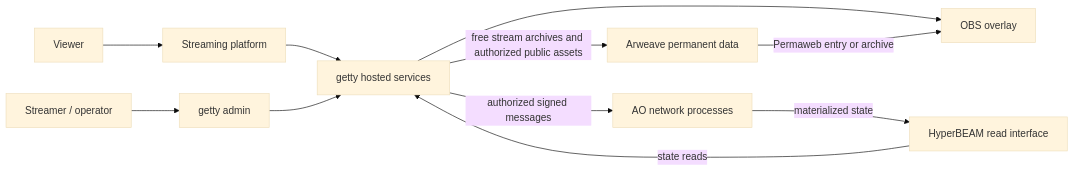
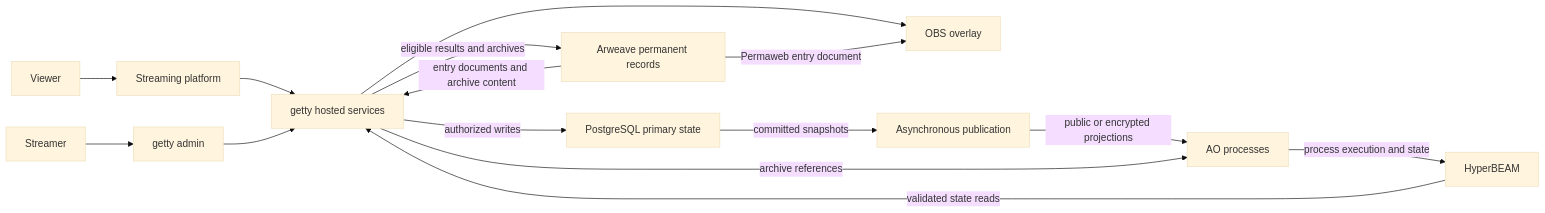
One commit to lambda-rnd/getty-docs changed the diagram in docs/architecture.md. Above: the diagram before and after it, drawn with Mermaid (base theme). The commit also changed other lines of this file and 11 other files, not shown here.

First line of the commit message:
ao: document PostgreSQL projections and publication verification (#5)

````diff
--- a/docs/architecture.md
+++ b/docs/architecture.md
@@ -7,13 +7,17 @@
 ```mermaid
 flowchart LR
-    Operator[Streamer / operator] --> Admin[getty admin]
+    Operator[Streamer] --> Admin[getty admin]
     Viewer[Viewer] --> Platform[Streaming platform]
     Platform --> Hosted[getty hosted services]
     Admin --> Hosted
+    Hosted -- authorized writes --> Primary[PostgreSQL primary state]
     Hosted --> Overlay[OBS overlay]
-    Hosted -- free stream archives and authorized public assets --> Arweave[Arweave permanent data]
-    Hosted -- authorized signed messages --> AO[AO network processes]
-    AO -- materialized state --> HyperBEAM[HyperBEAM read interface]
-    Arweave -- Permaweb entry or archive --> Overlay
-    HyperBEAM -- state reads --> Hosted
+    Primary -- committed snapshots --> Publication[Asynchronous publication]
+    Publication -- public or encrypted projections --> AO[AO processes]
+    Hosted -- eligible results and archives --> Arweave[Arweave permanent records]
+    Hosted -- archive references --> AO
+    AO -- process execution and state --> HyperBEAM[HyperBEAM]
+    HyperBEAM -- validated state reads --> Hosted
+    Arweave -- entry documents and archive content --> Hosted
+    Arweave -- Permaweb entry document --> Overlay
 ```
````
